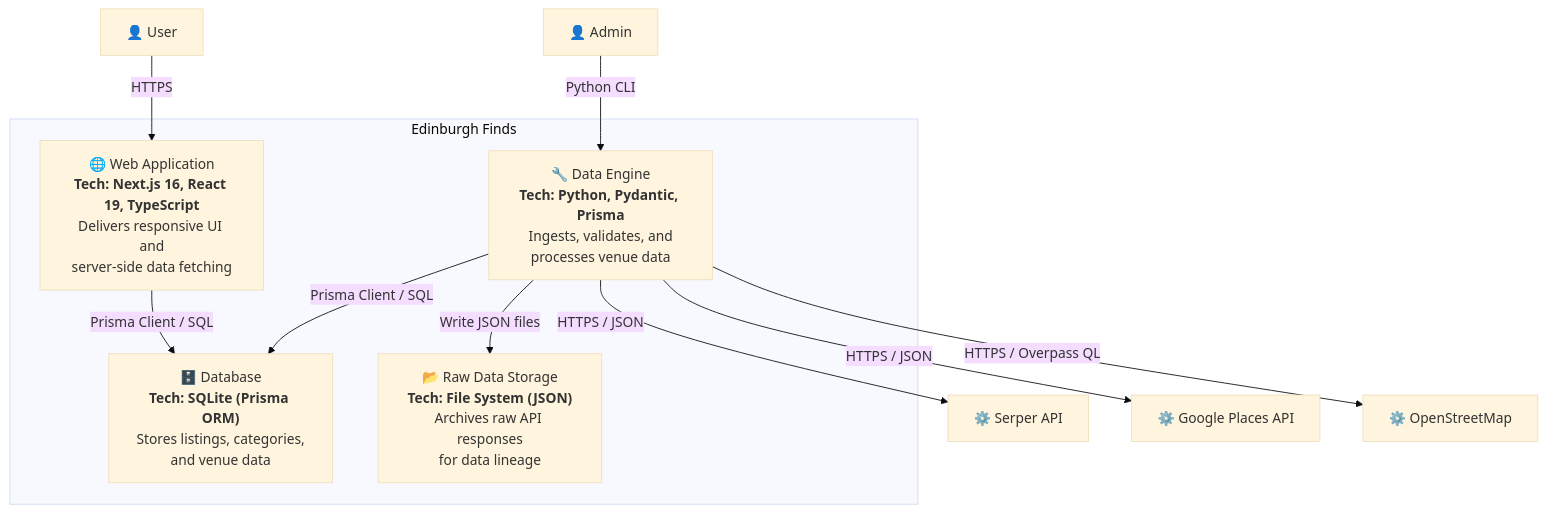
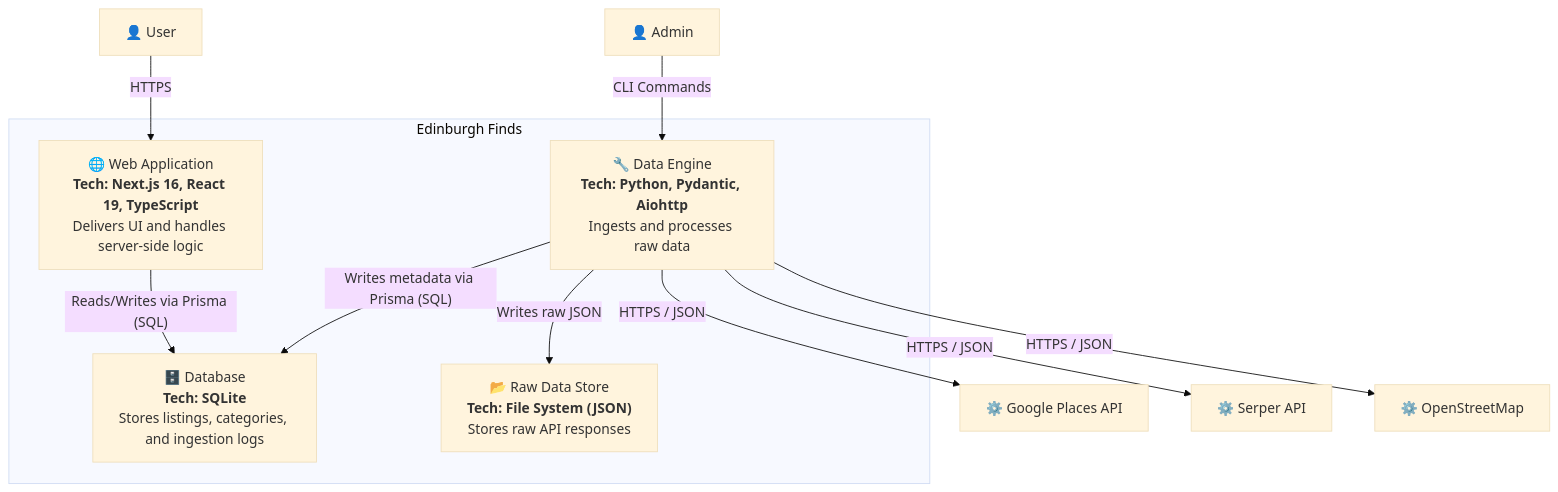
One commit to LarjGit/edinburgh-finds changed the diagram in docs/architecture/c4-level2-container.md. Above: the diagram before and after it, drawn with Mermaid (base theme). The commit also changed other lines of this file and 12 other files, not shown here.

````diff
--- a/docs/architecture/c4-level2-container.md
+++ b/docs/architecture/c4-level2-container.md
@@ -12,35 +12,32 @@
 ```mermaid
 graph TB
-    %% Actors
+    %% Users
     User["👤 User"]
     Admin["👤 Admin"]
 
     %% System Boundary
     subgraph System["Edinburgh Finds"]
-        Web["🌐 Web Application<br/><b>Tech: Next.js 16, React 19, TypeScript</b><br/>Delivers responsive UI and<br/>server-side data fetching"]
-
-        DataEngine["🔧 Data Engine<br/><b>Tech: Python, Pydantic, Prisma</b><br/>Ingests, validates, and<br/>processes venue data"]
-
-        DB["🗄️ Database<br/><b>Tech: SQLite (Prisma ORM)</b><br/>Stores listings, categories,<br/>and venue data"]
-
-        RawStore["📂 Raw Data Storage<br/><b>Tech: File System (JSON)</b><br/>Archives raw API responses<br/>for data lineage"]
+        WebApp["🌐 Web Application<br/><b>Tech: Next.js 16, React 19, TypeScript</b><br/>Delivers UI and handles server-side logic"]
+        DataEngine["🔧 Data Engine<br/><b>Tech: Python, Pydantic, Aiohttp</b><br/>Ingests and processes raw data"]
+        DB["🗄️ Database<br/><b>Tech: SQLite</b><br/>Stores listings, categories, and ingestion logs"]
+        FileStore["📂 Raw Data Store<br/><b>Tech: File System (JSON)</b><br/>Stores raw API responses"]
     end
 
     %% External Systems
+    GooglePlaces["⚙️ Google Places API"]
     Serper["⚙️ Serper API"]
-    GooglePlaces["⚙️ Google Places API"]
     OSM["⚙️ OpenStreetMap"]
 
     %% Relationships
-    User -->|"HTTPS"| Web
-    Web -->|"Prisma Client / SQL"| DB
-
-    Admin -->|"Python CLI"| DataEngine
-
-    DataEngine -->|"Prisma Client / SQL"| DB
-    DataEngine -->|"Write JSON files"| RawStore
-
+    User -->|"HTTPS"| WebApp
+    Admin -->|"CLI Commands"| DataEngine
+    
+    WebApp -->|"Reads/Writes via Prisma (SQL)"| DB
+    
+    DataEngine -->|"Writes metadata via Prisma (SQL)"| DB
+    DataEngine -->|"Writes raw JSON"| FileStore
+    
+    DataEngine -->|"HTTPS / JSON"| GooglePlaces
     DataEngine -->|"HTTPS / JSON"| Serper
-    DataEngine -->|"HTTPS / JSON"| GooglePlaces
-    DataEngine -->|"HTTPS / Overpass QL"| OSM
+    DataEngine -->|"HTTPS / JSON"| OSM
 ```
````
